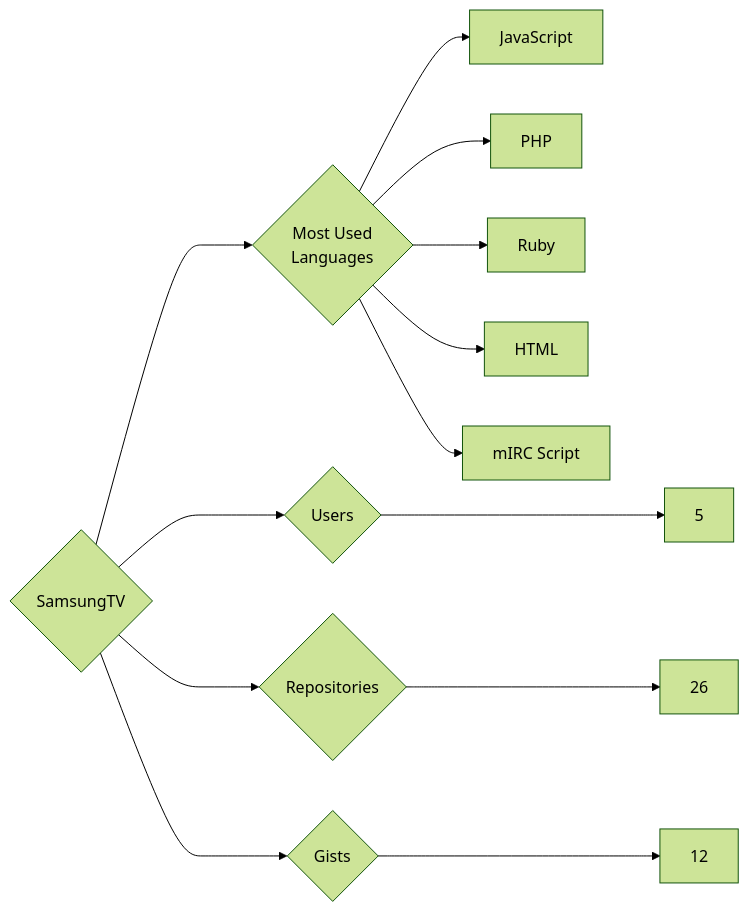
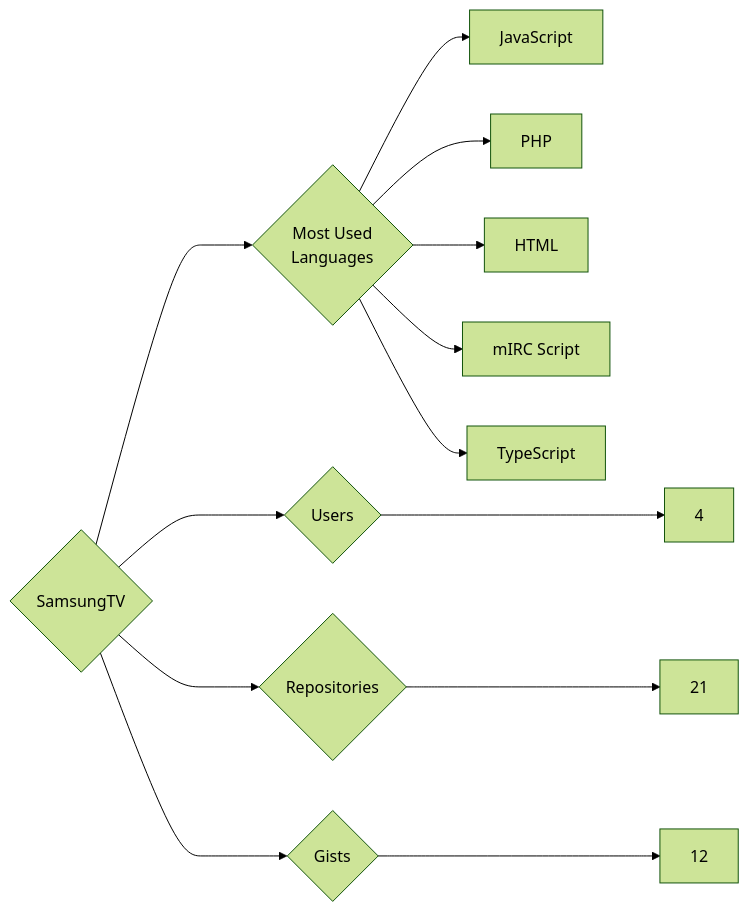
One commit to trickest/insiders changed the diagram in targets/SamsungTV/README.md. Above: the diagram before and after it, drawn with Mermaid (forest theme). The commit also changed 1484 other files, not shown here.

````diff
--- a/targets/SamsungTV/README.md
+++ b/targets/SamsungTV/README.md
@@ -3,13 +3,13 @@
 ```mermaid
 graph LR
 COMPANY_NAME{SamsungTV}
-COMPANY_NAME ---> U{Users} ---> UN[5]
-COMPANY_NAME ---> R{Repositories} ---> RN[26]
+COMPANY_NAME ---> U{Users} ---> UN[4]
+COMPANY_NAME ---> R{Repositories} ---> RN[21]
 COMPANY_NAME ---> G{Gists} ---> GN[12]
 COMPANY_NAME ---> ML{Most Used<br>Languages}
 ML --> JavaScript[JavaScript]
 ML --> PHP[PHP]
-ML --> Ruby[Ruby]
 ML --> HTML[HTML]
 ML --> mIRC_Script[mIRC Script]
+ML --> TypeScript[TypeScript]
 ```
````
